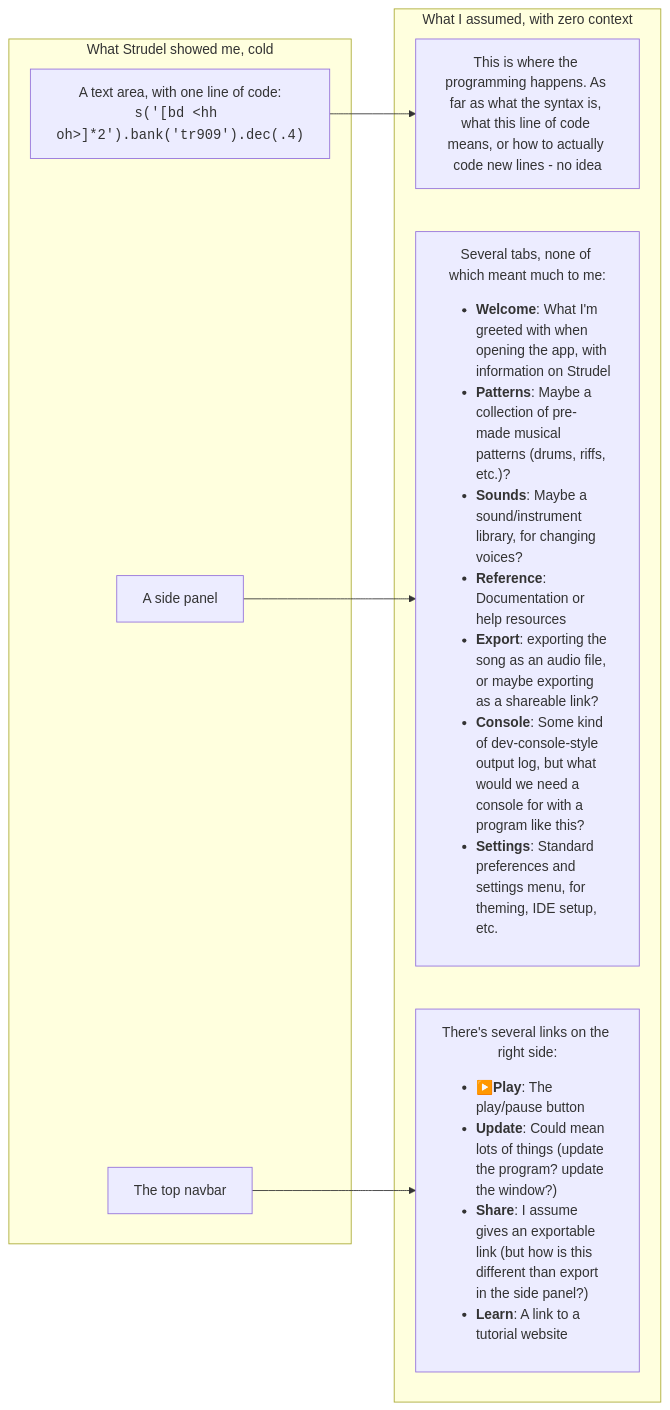
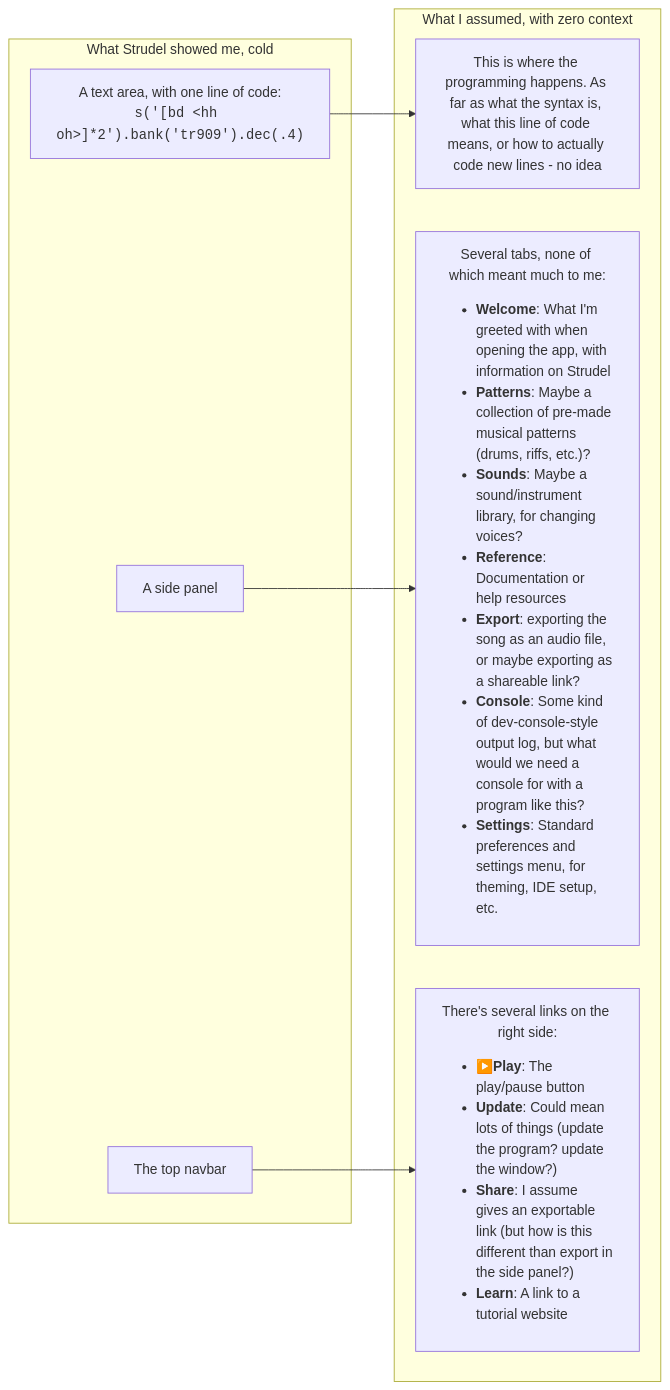
Before and after one commit to dolphinswarm/atls-5430-design-methods: the first of 2 diagrams in teach-me-teach-you/index.md, drawn with Mermaid. The commit also changed other lines of this file, not shown here.

````diff
--- a/teach-me-teach-you/index.md
+++ b/teach-me-teach-you/index.md
@@ -46,13 +46,13 @@
 ```mermaid
 flowchart LR
     subgraph image["What Strudel showed me, cold"]
         A["A text area, with one line of code:<br/><code>s('[bd &lt;hh oh&gt;]*2').bank('tr909').dec(.4)</code>"]
         B["A side panel"]
         C["The top navbar"]
     end
     subgraph model["What I assumed, with zero context"]
         A --> A1["This is where the programming happens. As far as what the syntax is, what this line of code means, or how to actually code new lines - no idea "]
-        B --> B1["Several tabs, none of which meant much to me:<ul style='text-align:left'><li><b>Welcome</b>: What I'm greeted with when opening the app, with information on Strudel</li><li><b>Patterns</b>: Maybe a collection of pre-made musical patterns (drums, riffs, etc.)?</li><li><b>Sounds</b>: Maybe a sound/instrument library, for changing voices?</li><li><b>Reference</b>: Documentation or help resources</li><li><b>Export</b>: exporting the song as an audio file, or maybe exporting as a shareable link?</li><li><b>Console</b>: Some kind of dev-console-style output log, but what would we need a console for with a program like this?</li><li><b>Settings</b>: Standard preferences and settings menu, for theming, IDE setup, etc.</li></ul>"]
-        C --> C1["There's several links on the right side:<ul style='text-align:left'><li><b>▶️Play</b>: The play/pause button</li><li><b>Update</b>: Could mean lots of things (update the program? update the window?)</li><li><b>Share</b>: I assume gives an exportable link (but how is this different than export in the side panel?)</li><li><b>Learn</b>: A link to a tutorial website</li></ul>"]
+        B --> B1["Several tabs, none of which meant much to me:<ul style='text-align:left;max-width:280px;white-space:normal'><li><b>Welcome</b>: What I'm greeted with when opening the app, with information on Strudel</li><li><b>Patterns</b>: Maybe a collection of pre-made musical patterns (drums, riffs, etc.)?</li><li><b>Sounds</b>: Maybe a sound/instrument library, for changing voices?</li><li><b>Reference</b>: Documentation or help resources</li><li><b>Export</b>: exporting the song as an audio file, or maybe exporting as a shareable link?</li><li><b>Console</b>: Some kind of dev-console-style output log, but what would we need a console for with a program like this?</li><li><b>Settings</b>: Standard preferences and settings menu, for theming, IDE setup, etc.</li></ul>"]
+        C --> C1["There's several links on the right side:<ul style='text-align:left;max-width:280px;white-space:normal'><li><b>▶️Play</b>: The play/pause button</li><li><b>Update</b>: Could mean lots of things (update the program? update the window?)</li><li><b>Share</b>: I assume gives an exportable link (but how is this different than export in the side panel?)</li><li><b>Learn</b>: A link to a tutorial website</li></ul>"]
     end
 ```
````
